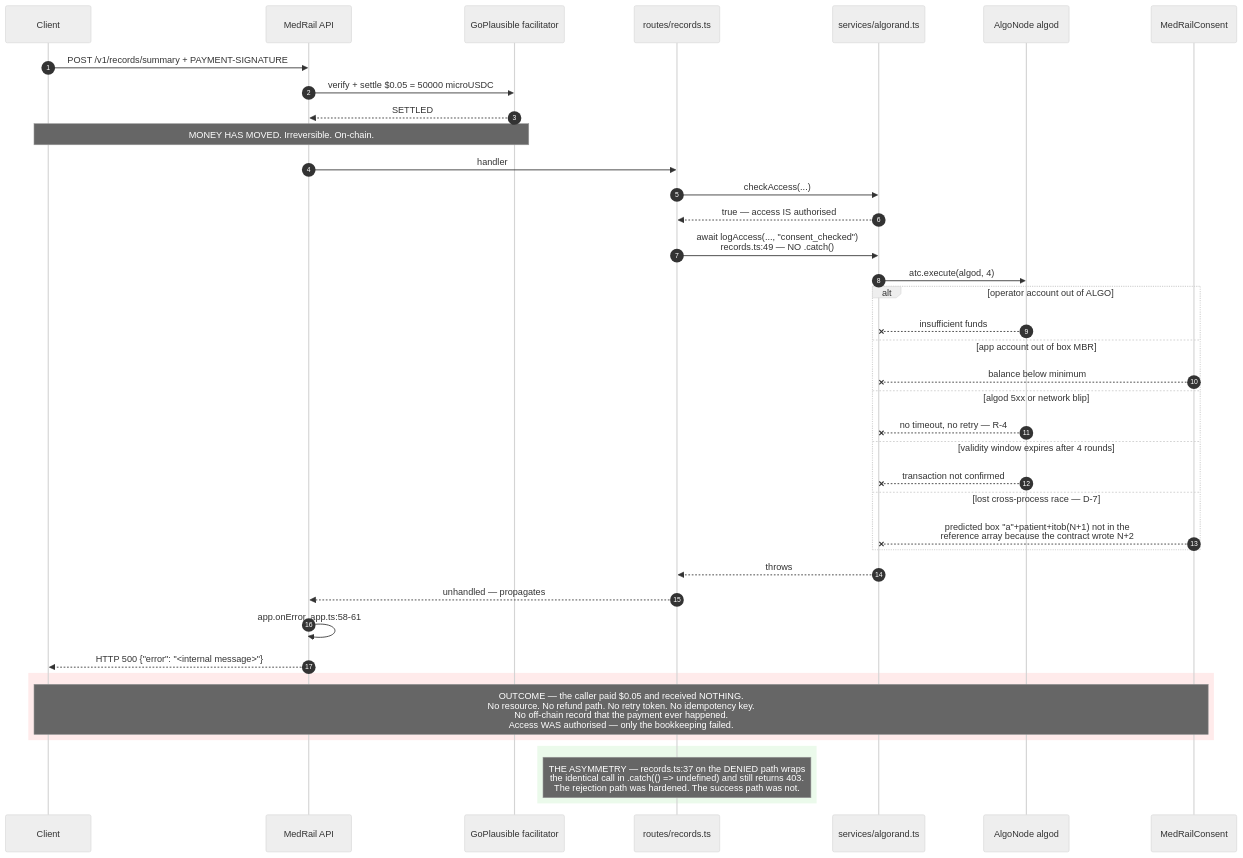
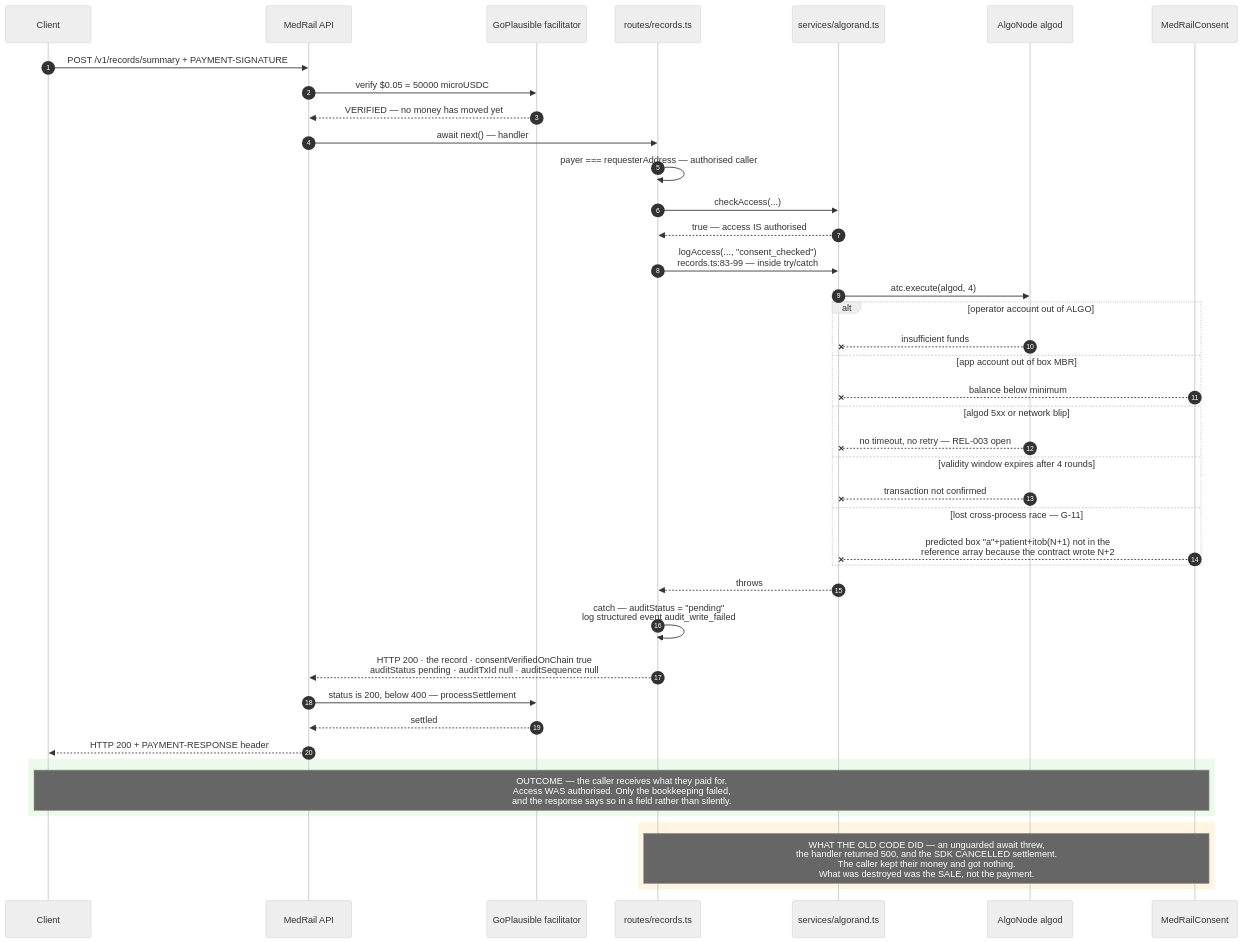
The ninth of 9 diagrams in docs/03_Architecture/Sequence_Diagrams.md (Hydra-Of-Malice/Medrail), drawn with Mermaid (neutral theme) before and after one commit. The commit also changed other lines of this file and 77 other files, not shown here.

````diff
--- a/docs/03_Architecture/Sequence_Diagrams.md
+++ b/docs/03_Architecture/Sequence_Diagrams.md
@@ -437,47 +473,50 @@
 ```mermaid
 sequenceDiagram
     autonumber
     participant Client
     participant API as MedRail API
     participant Fac as GoPlausible facilitator
     participant Rec as routes/records.ts
     participant Gw as services/algorand.ts
     participant Algod as AlgoNode algod
     participant App as MedRailConsent
 
     Client->>API: POST /v1/records/summary + PAYMENT-SIGNATURE
-    API->>Fac: verify + settle $0.05 = 50000 microUSDC
-    Fac-->>API: SETTLED
-    Note over Client,Fac: MONEY HAS MOVED. Irreversible. On-chain.
+    API->>Fac: verify $0.05 = 50000 microUSDC
+    Fac-->>API: VERIFIED — no money has moved yet
 
-    API->>Rec: handler
+    API->>Rec: await next() — handler
+    Rec->>Rec: payer === requesterAddress — authorised caller
     Rec->>Gw: checkAccess(...)
     Gw-->>Rec: true — access IS authorised
-    Rec->>Gw: await logAccess(..., "consent_checked")<br/>records.ts:49 — NO .catch()
+    Rec->>Gw: logAccess(..., "consent_checked")<br/>records.ts:83-99 — inside try/catch
 
     Gw->>Algod: atc.execute(algod, 4)
     alt operator account out of ALGO
         Algod--xGw: insufficient funds
     else app account out of box MBR
         App--xGw: balance below minimum
     else algod 5xx or network blip
-        Algod--xGw: no timeout, no retry — R-4
+        Algod--xGw: no timeout, no retry — REL-003 open
     else validity window expires after 4 rounds
         Algod--xGw: transaction not confirmed
-    else lost cross-process race — D-7
+    else lost cross-process race — G-11
         App--xGw: predicted box "a"+patient+itob(N+1) not in the<br/>reference array because the contract wrote N+2
     end
 
     Gw-->>Rec: throws
-    Rec-->>API: unhandled — propagates
-    API->>API: app.onError, app.ts:58-61
-    API-->>Client: HTTP 500 {"error": "<internal message>"}
+    Rec->>Rec: catch — auditStatus = "pending"<br/>log structured event audit_write_failed
+    Rec-->>API: HTTP 200 · the record · consentVerifiedOnChain true<br/>auditStatus pending · auditTxId null · auditSequence null
 
-    rect rgb(255, 235, 235)
-    Note over Client,App: OUTCOME — the caller paid $0.05 and received NOTHING.<br/>No resource. No refund path. No retry token. No idempotency key.<br/>No off-chain record that the payment ever happened.<br/>Access WAS authorised — only the bookkeeping failed.
+    API->>Fac: status is 200, below 400 — processSettlement
+    Fac-->>API: settled
+    API-->>Client: HTTP 200 + PAYMENT-RESPONSE header
+
+    rect rgb(235, 250, 235)
+    Note over Client,App: OUTCOME — the caller receives what they paid for.<br/>Access WAS authorised. Only the bookkeeping failed,<br/>and the response says so in a field rather than silently.
     end
 
-    rect rgb(235, 250, 235)
-    Note over Rec: THE ASYMMETRY — records.ts:37 on the DENIED path wraps<br/>the identical call in .catch(() => undefined) and still returns 403.<br/>The rejection path was hardened. The success path was not.
+    rect rgb(255, 245, 225)
+    Note over Rec,App: WHAT THE OLD CODE DID — an unguarded await threw,<br/>the handler returned 500, and the SDK CANCELLED settlement.<br/>The caller kept their money and got nothing.<br/>What was destroyed was the SALE, not the payment.
     end
 ```
````
